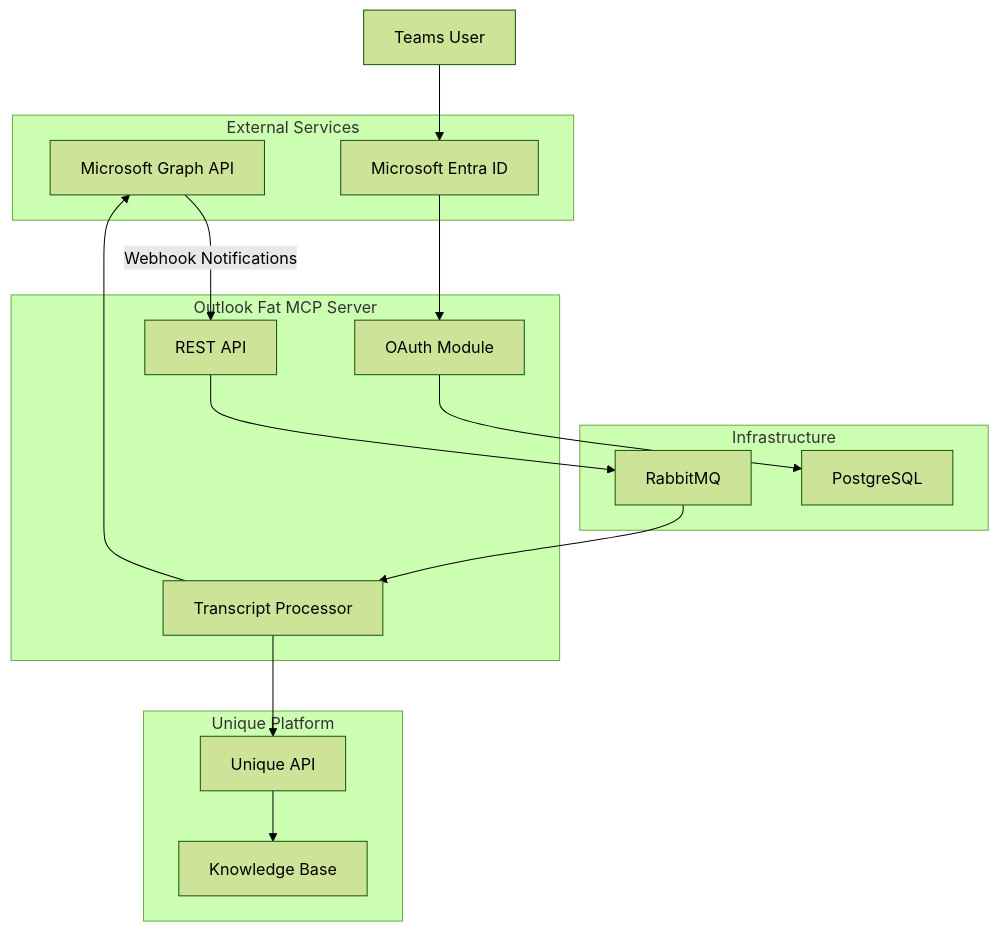
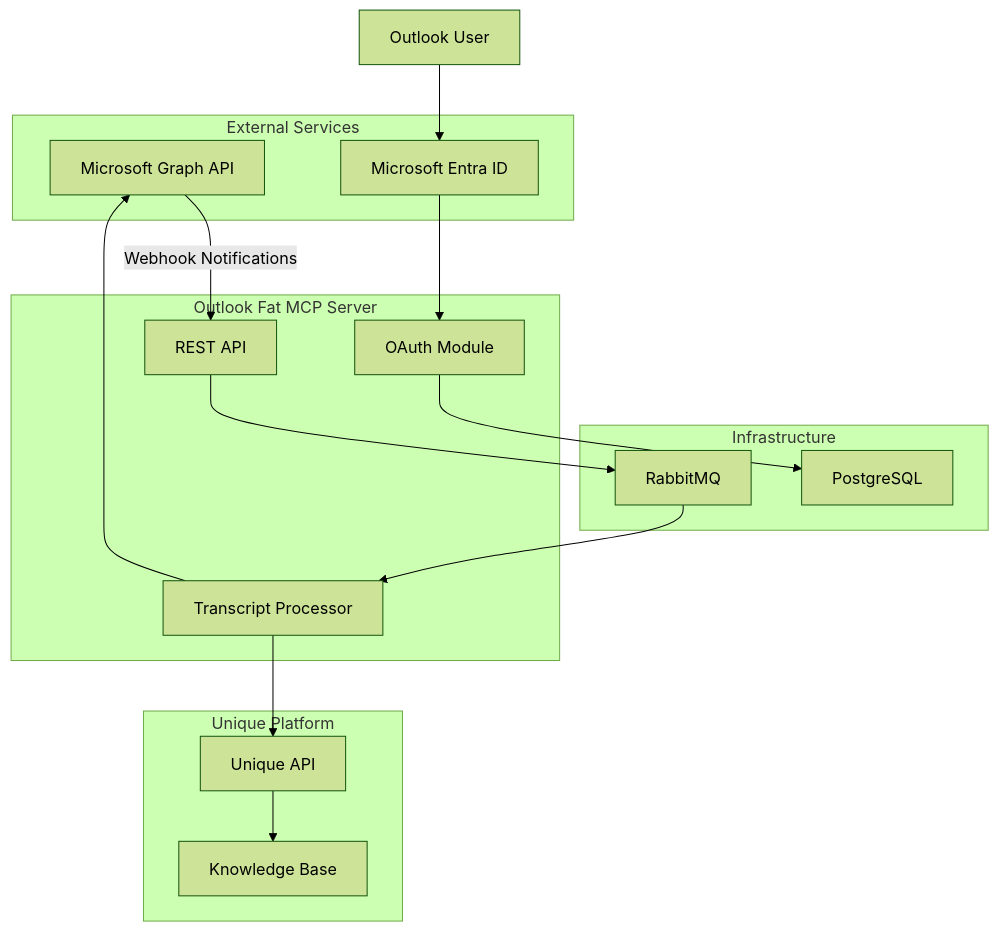
One commit to Unique-AG/connectors changed the first of 4 diagrams in services/outlook-fat-mcp/docs/README.md. Above: the diagram before and after it, drawn with Mermaid (forest theme). The commit also changed other lines of this file and 34 other files, not shown here.

````diff
--- a/services/outlook-fat-mcp/docs/README.md
+++ b/services/outlook-fat-mcp/docs/README.md
@@ -121,35 +121,35 @@
 ```mermaid
 flowchart TB
     subgraph External["External Services"]
         MSGraph["Microsoft Graph API"]
         EntraID["Microsoft Entra ID"]
     end
 
     subgraph OutlookFatMCP["Outlook Fat MCP Server"]
         API["REST API"]
         OAuth["OAuth Module"]
         Processor["Transcript Processor"]
     end
 
     subgraph Infrastructure["Infrastructure"]
         RabbitMQ["RabbitMQ"]
         PostgreSQL["PostgreSQL"]
     end
 
     subgraph Unique["Unique Platform"]
         UniqueAPI["Unique API"]
         Storage["Knowledge Base"]
     end
 
-    User["Teams User"] --> EntraID
+    User["Outlook User"] --> EntraID
     EntraID --> OAuth
     OAuth --> PostgreSQL
 
     MSGraph -->|"Webhook Notifications"| API
     API --> RabbitMQ
     RabbitMQ --> Processor
 
     Processor --> MSGraph
     Processor --> UniqueAPI
     UniqueAPI --> Storage
 ```
````
